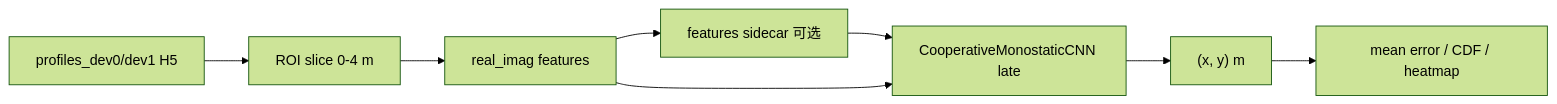
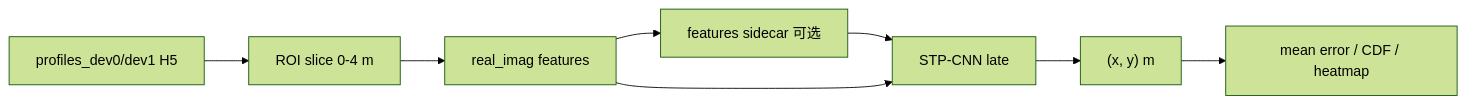
One commit to GitLinhp/isac changed the first of 2 diagrams in docs/cooperative_monostatic_cnn.md. Above: the diagram before and after it, drawn with Mermaid (forest theme). The commit also changed other lines of this file and 33 other files, not shown here.

````diff
--- a/docs/cooperative_monostatic_cnn.md
+++ b/docs/cooperative_monostatic_cnn.md
@@ -44,10 +51,10 @@
 ```mermaid
 flowchart LR
   H5[profiles_dev0/dev1 H5] --> ROI[ROI slice 0-4 m]
   ROI --> Feat[real_imag features]
   Feat --> Sidecar[features sidecar 可选]
-  Sidecar --> CNN[CooperativeMonostaticCNN late]
+  Sidecar --> CNN[STP-CNN late]
   Feat --> CNN
   CNN --> XY["(x, y) m"]
   XY --> Eval[mean error / CDF / heatmap]
 ```
````
